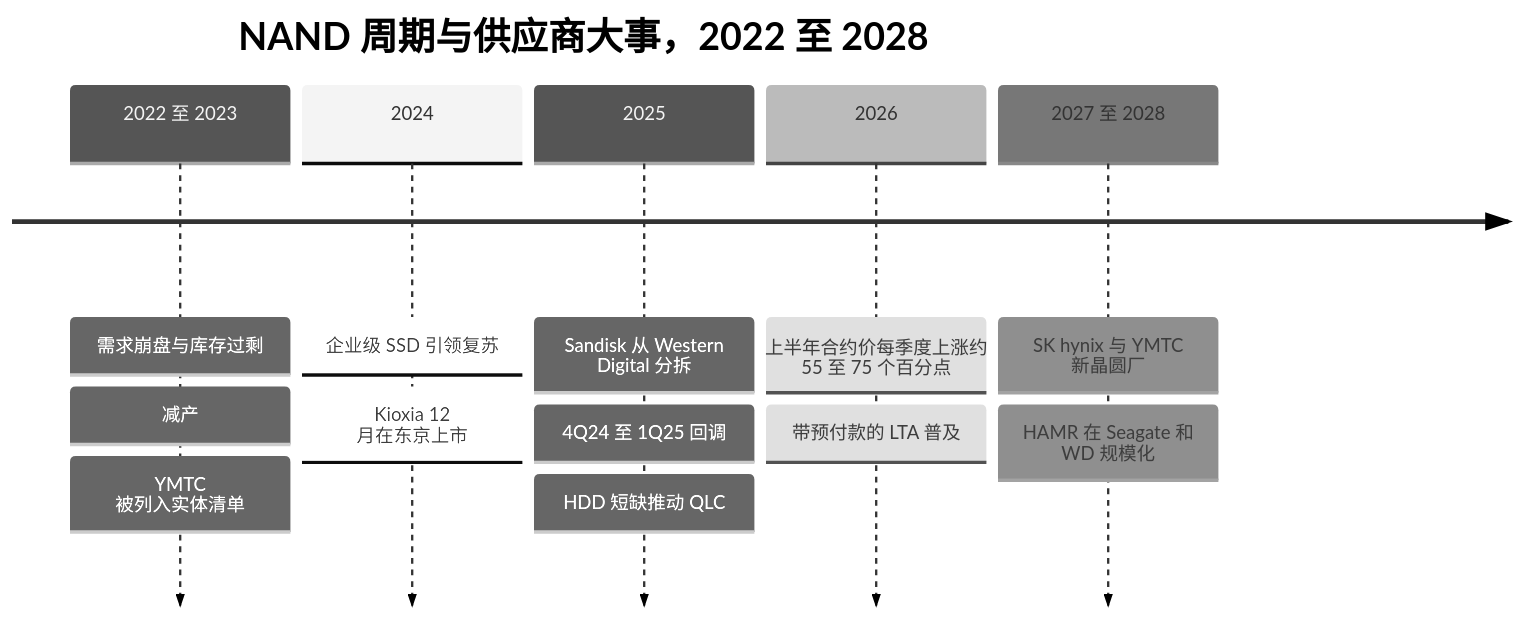
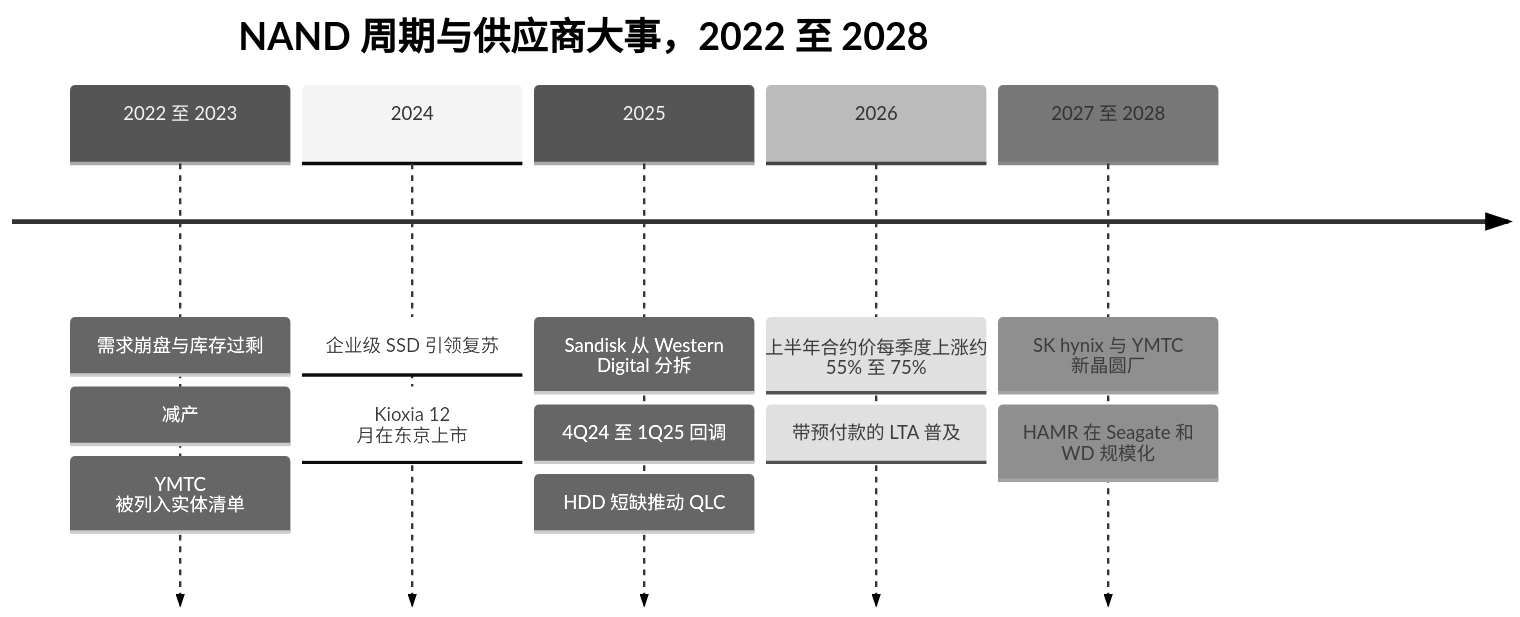
One commit to FrankHuang94/storage-_db_claude changed the second of 2 diagrams in Chinese translation/docs/06-industry-and-competition/48-media-suppliers-and-nand-cycle.md. Above: the diagram before and after it, drawn with Mermaid (neutral theme). The commit also changed other lines of this file and 1 other file, not shown here.

````diff
--- a/Chinese translation/docs/06-industry-and-competition/48-media-suppliers-and-nand-cycle.md
+++ b/Chinese translation/docs/06-industry-and-competition/48-media-suppliers-and-nand-cycle.md
@@ -128,9 +128,9 @@
 ```mermaid
 timeline
     title NAND 周期与供应商大事，2022 至 2028
     2022 至 2023 : 需求崩盘与库存过剩 : 减产 : YMTC 被列入实体清单
     2024 : 企业级 SSD 引领复苏 : Kioxia 12 月在东京上市
     2025 : Sandisk 从 Western Digital 分拆 : 4Q24 至 1Q25 回调 : HDD 短缺推动 QLC
-    2026 : 上半年合约价每季度上涨约 55 至 75 个百分点 : 带预付款的 LTA 普及
+    2026 : 上半年合约价每季度上涨约 55% 至 75% : 带预付款的 LTA 普及
     2027 至 2028 : SK hynix 与 YMTC 新晶圆厂 : HAMR 在 Seagate 和 WD 规模化
 ```
````
